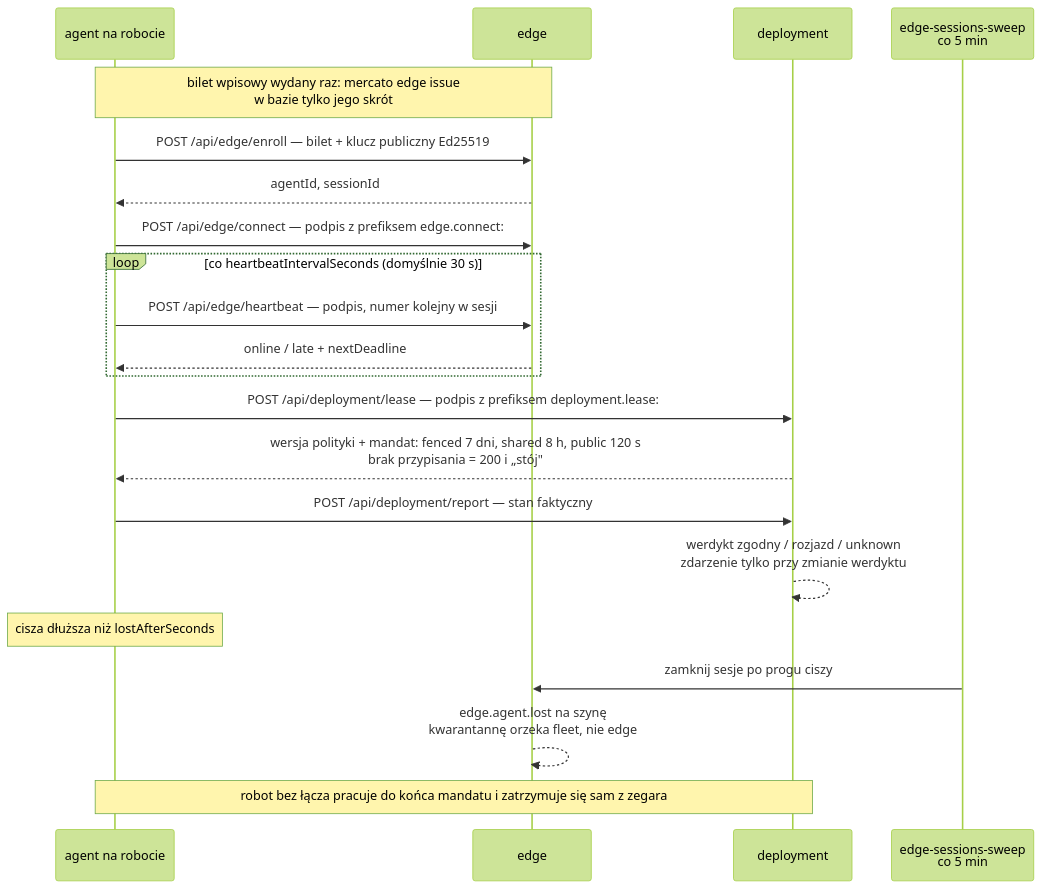
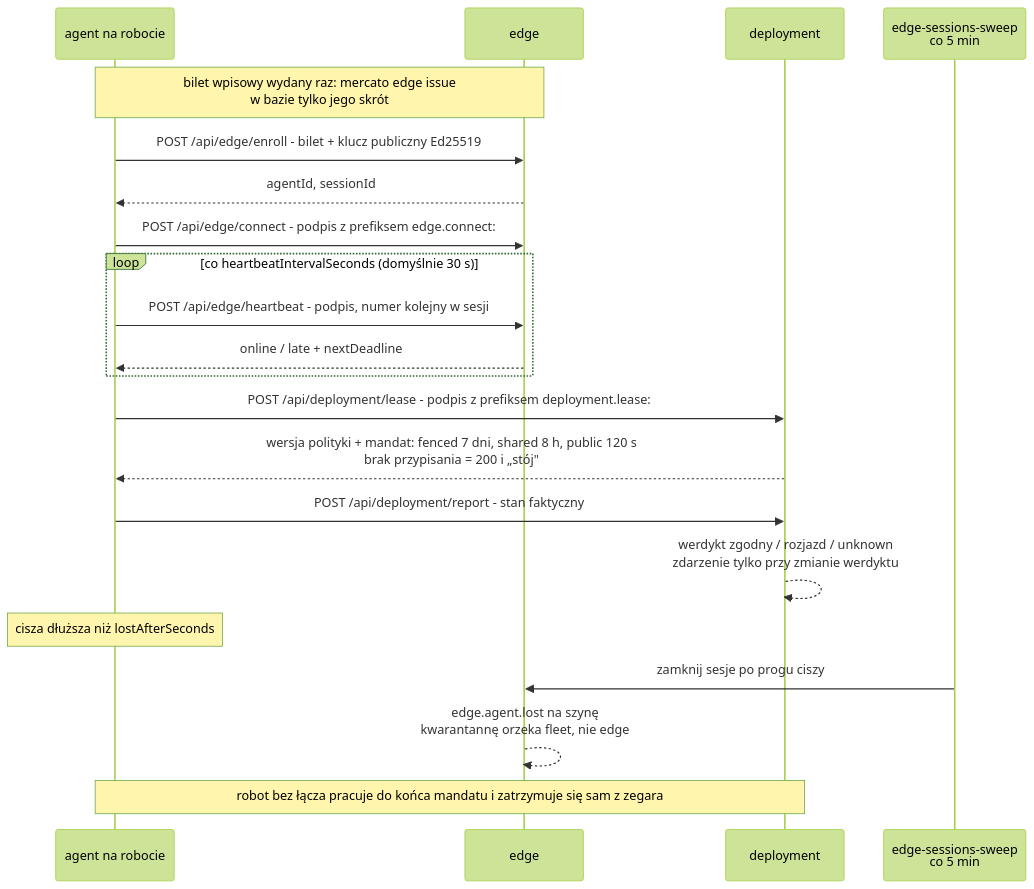
One commit to machinekind/openmercato_garbagekind changed the third of 6 diagrams in README.md. Above: the diagram before and after it, drawn with Mermaid (forest theme). The commit also changed other lines of this file and 295 other files, not shown here.

````diff
--- a/README.md
+++ b/README.md
@@ -744,24 +804,24 @@
 ```mermaid
 sequenceDiagram
     participant A as agent na robocie
     participant E as edge
     participant D as deployment
     participant W as edge-sessions-sweep<br/>co 5 min
 
     Note over A,E: bilet wpisowy wydany raz: mercato edge issue<br/>w bazie tylko jego skrót
-    A->>E: POST /api/edge/enroll — bilet + klucz publiczny Ed25519
+    A->>E: POST /api/edge/enroll - bilet + klucz publiczny Ed25519
     E-->>A: agentId, sessionId
-    A->>E: POST /api/edge/connect — podpis z prefiksem edge.connect:
+    A->>E: POST /api/edge/connect - podpis z prefiksem edge.connect:
     loop co heartbeatIntervalSeconds (domyślnie 30 s)
-        A->>E: POST /api/edge/heartbeat — podpis, numer kolejny w sesji
+        A->>E: POST /api/edge/heartbeat - podpis, numer kolejny w sesji
         E-->>A: online / late + nextDeadline
     end
-    A->>D: POST /api/deployment/lease — podpis z prefiksem deployment.lease:
+    A->>D: POST /api/deployment/lease - podpis z prefiksem deployment.lease:
     D-->>A: wersja polityki + mandat: fenced 7 dni, shared 8 h, public 120 s<br/>brak przypisania = 200 i „stój"
-    A->>D: POST /api/deployment/report — stan faktyczny
+    A->>D: POST /api/deployment/report - stan faktyczny
     D-->>D: werdykt zgodny / rozjazd / unknown<br/>zdarzenie tylko przy zmianie werdyktu
     Note over A: cisza dłuższa niż lostAfterSeconds
     W->>E: zamknij sesje po progu ciszy
     E-->>E: edge.agent.lost na szynę<br/>kwarantannę orzeka fleet, nie edge
     Note over A,D: robot bez łącza pracuje do końca mandatu i zatrzymuje się sam z zegara
 ```
````
